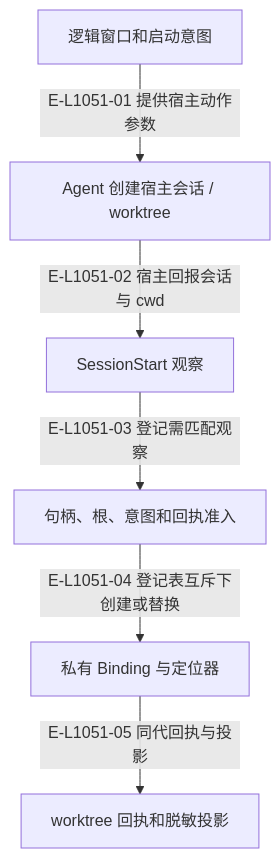
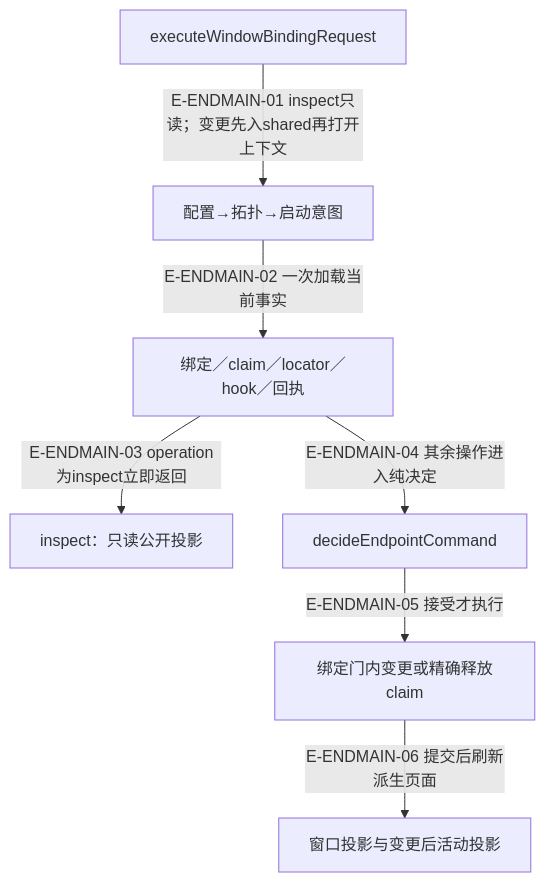
Before and after one commit to GxFn/Wakeflow: the diagram in wakeflow-architecture-atlas/maps/12-endpoint/README.md, drawn with Mermaid. The commit also changed other lines of this file and 76 other files, not shown here.

First line of the commit message:
docs(atlas): refresh architecture maps for the rc.5 codebase

````diff
--- a/wakeflow-architecture-atlas/maps/12-endpoint/README.md
+++ b/wakeflow-architecture-atlas/maps/12-endpoint/README.md
@@ -66,16 +46,18 @@
 ```mermaid
 flowchart TB
-  accTitle: 端点登记与可验证的执行位置
-  accDescr: 端点登记与可验证的执行位置；箭头区分当前代码步骤、返回事实与明确的条件。
-  intent["逻辑窗口和启动意图"]
-  agent["Agent 创建宿主会话 / worktree"]
-  hook["SessionStart 观察"]
-  admit["句柄、根、意图和回执准入"]
-  binding["私有 Binding 与定位器"]
-  receipt["worktree 回执和脱敏投影"]
-  intent -->|"E-L1051-01 提供宿主动作参数"| agent
-  agent -->|"E-L1051-02 宿主回报会话与 cwd"| hook
-  hook -->|"E-L1051-03 登记需匹配观察"| admit
-  admit -->|"E-L1051-04 登记表互斥下创建或替换"| binding
-  binding -->|"E-L1051-05 同代回执与投影"| receipt
+  accTitle: 一次绑定调用：身份事实、决定、提交与投影
+  accDescr: 公共执行器从Config与本地事实加载一份状态，inspect只返回，变更先经纯决定再在绑定登记门内提交。
+  a["executeWindowBindingRequest"]
+  b["配置→拓扑→启动意图"]
+  c["绑定／claim／locator／hook／回执"]
+  i["inspect：只读公开投影"]
+  d["decideEndpointCommand"]
+  m["绑定门内变更或精确释放claim"]
+  p["窗口投影与变更后活动投影"]
+  a -->|"E-ENDMAIN-01 inspect只读；变更先入shared再打开上下文"| b
+  b -->|"E-ENDMAIN-02 一次加载当前事实"| c
+  c -->|"E-ENDMAIN-03 operation为inspect立即返回"| i
+  c -->|"E-ENDMAIN-04 其余操作进入纯决定"| d
+  d -->|"E-ENDMAIN-05 接受才执行"| m
+  m -->|"E-ENDMAIN-06 提交后刷新派生页面"| p
 ```
````
